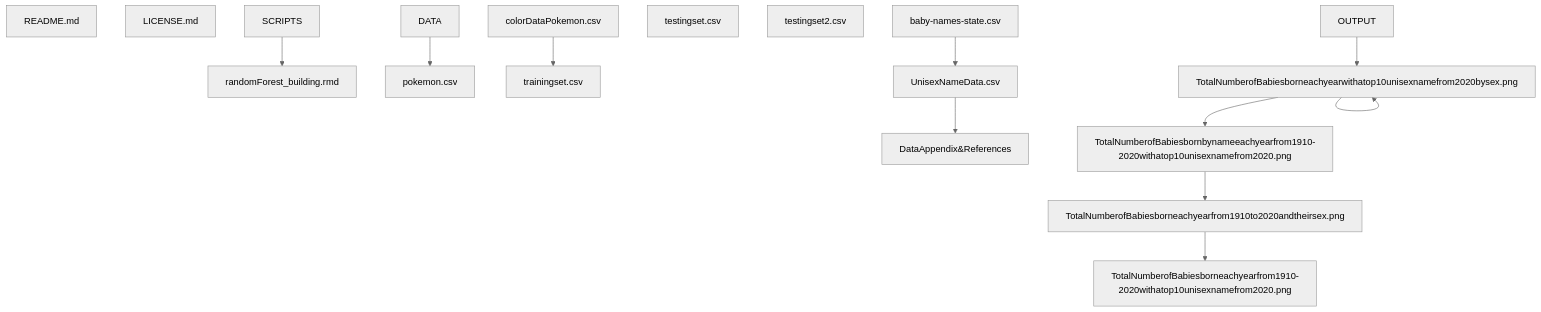
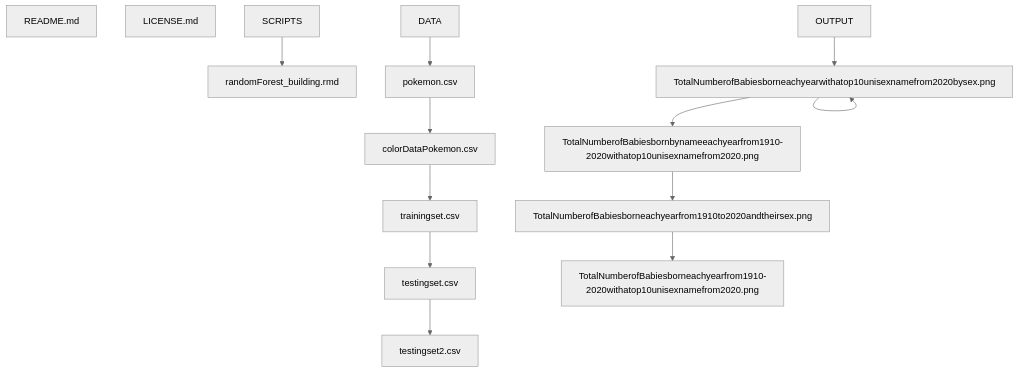
One commit to aschebell/DS4002-Project3 changed the diagram in README.md. Above: the diagram before and after it, drawn with Mermaid (neutral theme).

````diff
--- a/README.md
+++ b/README.md
@@ -14,14 +14,12 @@
 ```mermaid
 graph TD;
     README.md;
     LICENSE.md;
     SCRIPTS-->randomForest_building.rmd;
-    DATA-->pokemon.csv; colorDataPokemon.csv--> trainingset.csv; testingset.csv; testingset2.csv;
-    baby-names-state.csv-->UnisexNameData.csv;
-    UnisexNameData.csv-->DataAppendix&References;
+    DATA-->pokemon.csv-->colorDataPokemon.csv-->trainingset.csv-->testingset.csv-->testingset2.csv;
     OUTPUT-->TotalNumberofBabiesborneachyearwithatop10unisexnamefrom2020bysex.png;
     TotalNumberofBabiesborneachyearwithatop10unisexnamefrom2020bysex.png-->TotalNumberofBabiesborneachyearwithatop10unisexnamefrom2020bysex.png;
     TotalNumberofBabiesborneachyearwithatop10unisexnamefrom2020bysex.png-->TotalNumberofBabiesbornbynameeachyearfrom1910-2020withatop10unisexnamefrom2020.png;
     TotalNumberofBabiesbornbynameeachyearfrom1910-2020withatop10unisexnamefrom2020.png-->TotalNumberofBabiesborneachyearfrom1910to2020andtheirsex.png;
     TotalNumberofBabiesborneachyearfrom1910to2020andtheirsex.png-->TotalNumberofBabiesborneachyearfrom1910-2020withatop10unisexnamefrom2020.png;
 ```
````
